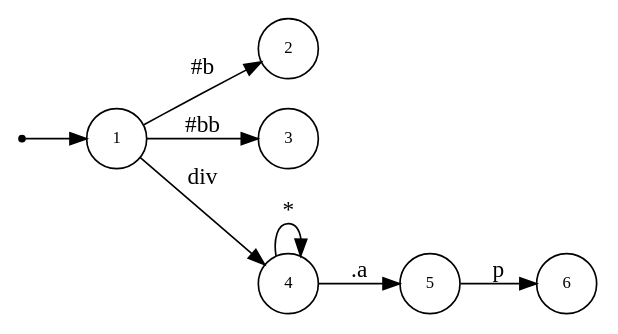
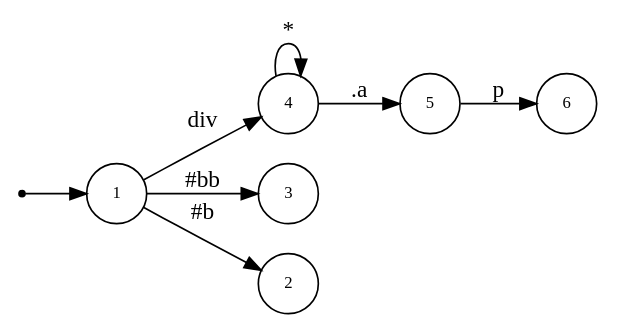
Before and after one commit to asukaminato0721/css-bitvector-compiler: the diagram in css-gen-op/testcase/dot_tri.dot, drawn with Graphviz. The commit also changed other lines of this file and 20 other files, not shown here.

```diff
--- a/css-gen-op/testcase/dot_tri.dot
+++ b/css-gen-op/testcase/dot_tri.dot
@@ -1,19 +1,19 @@
 digraph NFA {
   rankdir=LR;
   node [shape=circle, fontsize=10];
   __start [shape=point, label=""];
   __start -> 1;
-  2 [label="2"];
-  6 [label="6"];
-  3 [label="3"];
   1 [label="1"];
   4 [label="4"];
+  3 [label="3"];
   5 [label="5"];
+  6 [label="6"];
+  2 [label="2"];
   { node [shape=doublecircle]; 2 3 6 }
   1 -> 2 [label="#b"];
   1 -> 3 [label="#bb"];
   1 -> 4 [label="div"];
   4 -> 4 [label="*"];
   4 -> 5 [label=".a"];
   5 -> 6 [label="p"];
 }
```
